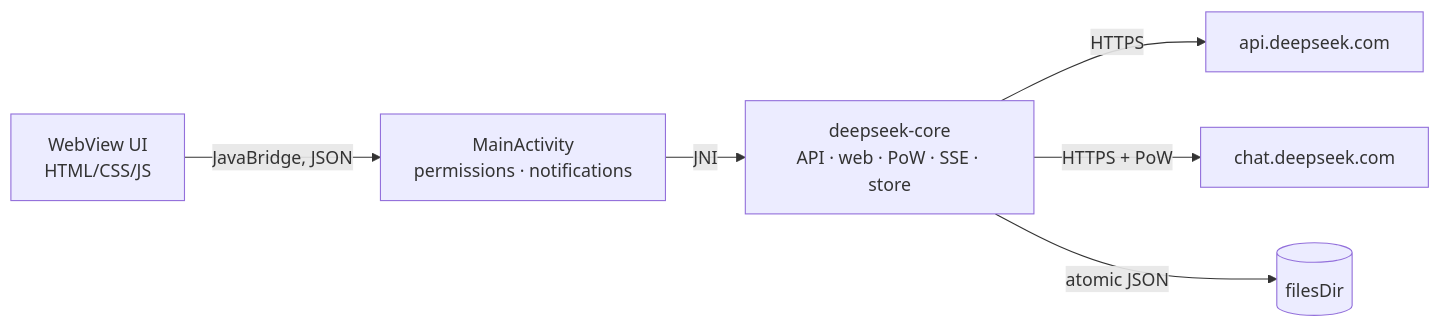
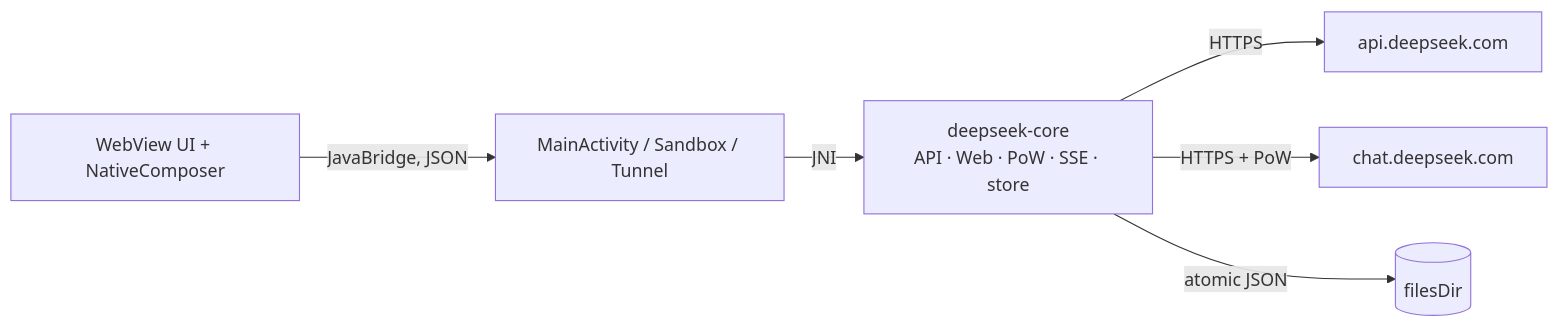
The diagram in README.md (Rewixx-png/localapi-deepseek), drawn with Mermaid before and after one commit. The commit also changed other lines of this file and 16 other files, not shown here.

Commit message:
chore: update core, android app and agent sandbox

````diff
--- a/README.md
+++ b/README.md
@@ -223,8 +78,8 @@
 ```mermaid
 flowchart LR
-  UI["WebView UI<br/>HTML/CSS/JS"] -->|"JavaBridge, JSON"| Shell["MainActivity<br/>permissions · notifications"]
-  Shell -->|JNI| Core["deepseek-core<br/>API · web · PoW · SSE · store"]
+  UI["WebView UI + NativeComposer"] -->|"JavaBridge, JSON"| Shell["MainActivity / Sandbox / Tunnel"]
+  Shell -->|JNI| Core["deepseek-core<br/>API · Web · PoW · SSE · store"]
   Core -->|"HTTPS"| API["api.deepseek.com"]
   Core -->|"HTTPS + PoW"| Web["chat.deepseek.com"]
   Core -->|"atomic JSON"| Disk[("filesDir")]
 ```
````
